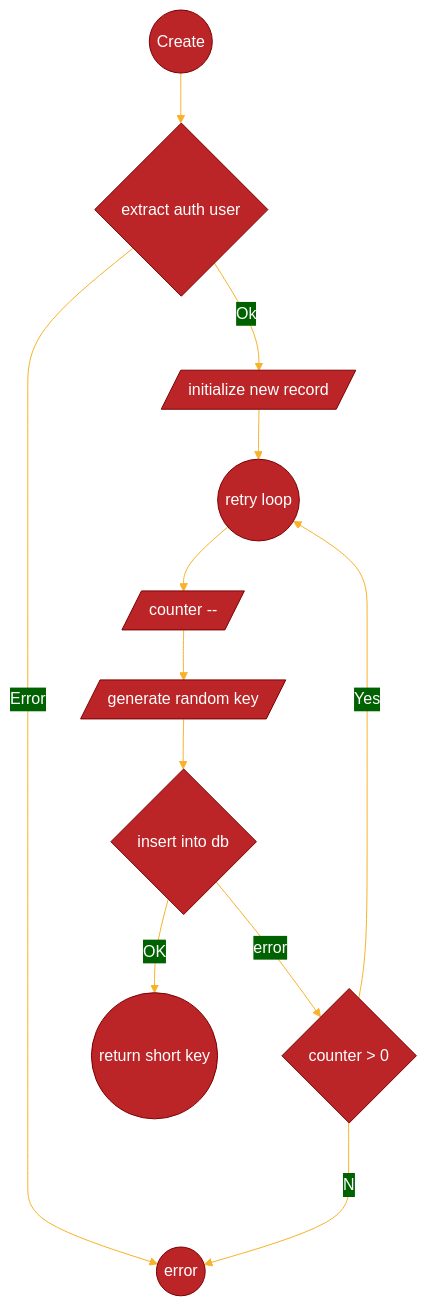
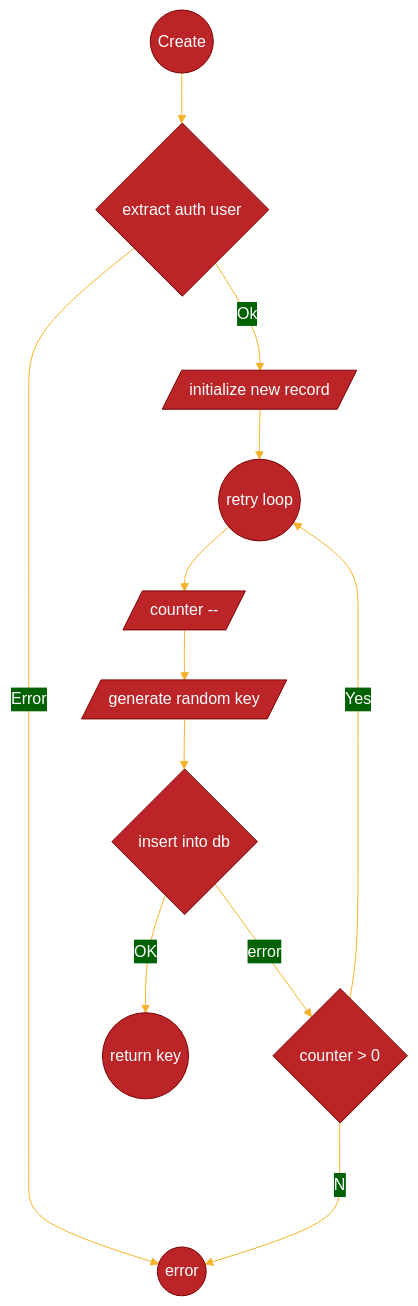
The second of 2 diagrams in README.md (ggrrrr/urlshortener-svc), drawn with Mermaid before and after one commit. The commit also changed other lines of this file, not shown here.

````diff
--- a/README.md
+++ b/README.md
@@ -111,32 +140,32 @@
 ```mermaid
 
 %%{
     init: {
         'theme':'base',
         'themeVariables': {
             'primaryColor': '#BB2528',
             'primaryTextColor': '#fff',
             'primaryBorderColor': '#7C0000',
             'lineColor': '#F8B229',
             'secondaryColor': '#006100',
             'tertiaryColor': '#fff'
         }
     }
 }%%
 
 flowchart TB
   start((Create)) --> check_auth{extract auth user}
   check_auth --Error--> err 
   check_auth --Ok--> new_record[/initialize new record/] 
   new_record --> retry_loop((retry loop))
   retry_loop --> reduce_counter[/counter --/]
   reduce_counter --> generate_key[/generate random key/]
   generate_key --> insert_new{insert into db}
   insert_new --OK-->done 
   insert_new --error--> if_counter{ counter > 0}
   if_counter --No--> err
   if_counter --Yes--> retry_loop
-  done((return short key))
+  done((return key))
   err((error))
 
 ```
````
